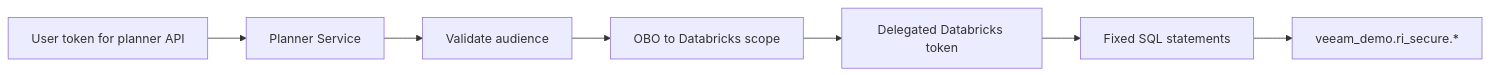
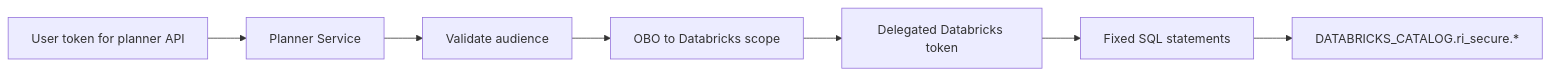
The sixth of 6 diagrams in mvp/daily-account-planner-architecture.md (james-tn/dbx-mcp-copilot), drawn with Mermaid before and after one commit. The commit also changed other lines of this file and 12 other files, not shown here.

````diff
--- a/mvp/daily-account-planner-architecture.md
+++ b/mvp/daily-account-planner-architecture.md
@@ -295,9 +303,9 @@
 ```mermaid
 flowchart LR
     UserToken[User token for planner API] --> Planner[Planner Service]
     Planner --> Validate[Validate audience]
     Validate --> OBO[OBO to Databricks scope]
     OBO --> DBToken[Delegated Databricks token]
     DBToken --> SQL[Fixed SQL statements]
-    SQL --> SecureViews[veeam_demo.ri_secure.*]
+    SQL --> SecureViews[DATABRICKS_CATALOG.ri_secure.*]
 ```
````
